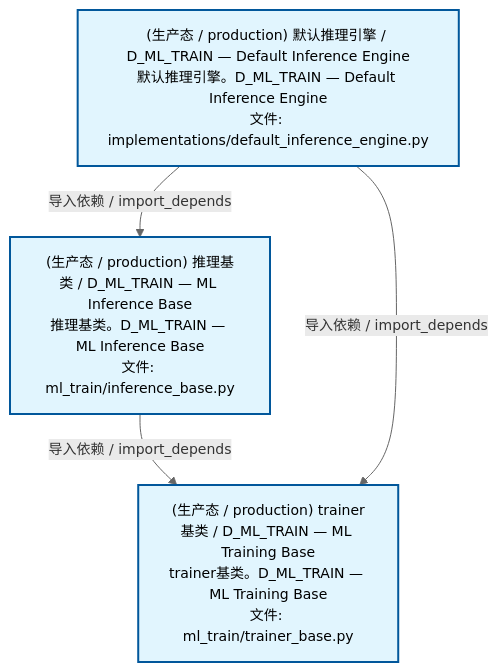
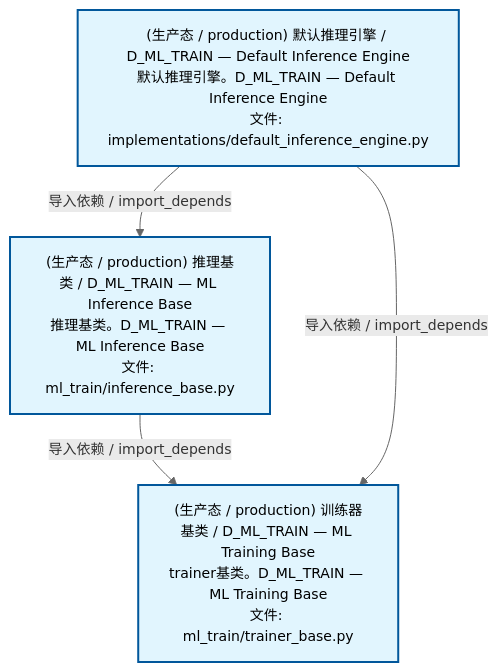
One commit to xuanFelixVan/ZephyrAlpha changed the second of 4 diagrams in docs/02_enterprise_architecture/02_domain_architecture_docs/61_d_ml_train.md. Above: the diagram before and after it, drawn with Mermaid. The commit also changed other lines of this file and 50 other files, not shown here.

````diff
--- a/docs/02_enterprise_architecture/02_domain_architecture_docs/61_d_ml_train.md
+++ b/docs/02_enterprise_architecture/02_domain_architecture_docs/61_d_ml_train.md
@@ -99,15 +99,15 @@
 ```mermaid
 %%{init: {'theme': 'base', 'themeVariables': {'primaryColor': '#eaeaea', 'primaryTextColor': '#333333', 'primaryBorderColor': '#666666', 'lineColor': '#666666', 'secondaryColor': '#eaeaea', 'tertiaryColor': '#eaeaea', 'fontSize': '14px'}}}%%
 flowchart TD
     src_zephyr_ml_train_implementations_default_inference_engine_py["(生产态 / production) 默认推理引擎 / D_ML_TRAIN — Default Inference Engine<br/>默认推理引擎。D_ML_TRAIN — Default Inference Engine<br/>文件: implementations/default_inference_engine.py"]
     src_zephyr_ml_train_inference_base_py["(生产态 / production) 推理基类 / D_ML_TRAIN — ML Inference Base<br/>推理基类。D_ML_TRAIN — ML Inference Base<br/>文件: ml_train/inference_base.py"]
-    src_zephyr_ml_train_trainer_base_py["(生产态 / production) trainer基类 / D_ML_TRAIN — ML Training Base<br/>trainer基类。D_ML_TRAIN — ML Training Base<br/>文件: ml_train/trainer_base.py"]
+    src_zephyr_ml_train_trainer_base_py["(生产态 / production) 训练器基类 / D_ML_TRAIN — ML Training Base<br/>trainer基类。D_ML_TRAIN — ML Training Base<br/>文件: ml_train/trainer_base.py"]
     src_zephyr_ml_train_inference_base_py -->|导入依赖 / import_depends| src_zephyr_ml_train_trainer_base_py
     src_zephyr_ml_train_implementations_default_inference_engine_py -->|导入依赖 / import_depends| src_zephyr_ml_train_inference_base_py
     src_zephyr_ml_train_implementations_default_inference_engine_py -->|导入依赖 / import_depends| src_zephyr_ml_train_trainer_base_py
     classDef production fill:#e1f5fe,stroke:#01579b,stroke-width:2px,color:#000
     classDef design fill:#fff3e0,stroke:#e65100,stroke-width:2px,color:#000,stroke-dasharray: 5 5
     classDef external_prod fill:#e8f4fd,stroke:#0277bd,stroke-width:1px,color:#000
     classDef external_design fill:#fff8e7,stroke:#ef6c00,stroke-width:1px,color:#000,stroke-dasharray: 5 5
     class src_zephyr_ml_train_implementations_default_inference_engine_py,src_zephyr_ml_train_inference_base_py,src_zephyr_ml_train_trainer_base_py production
 ```
````
